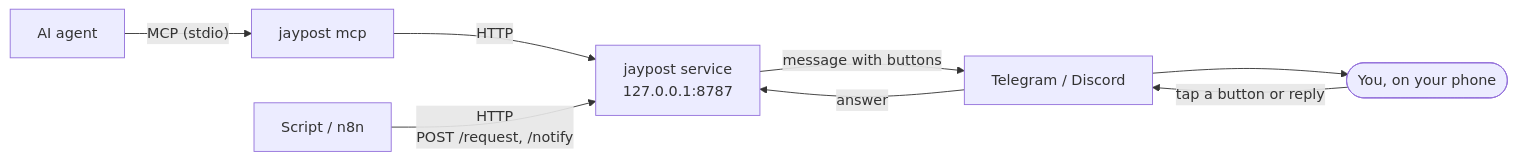
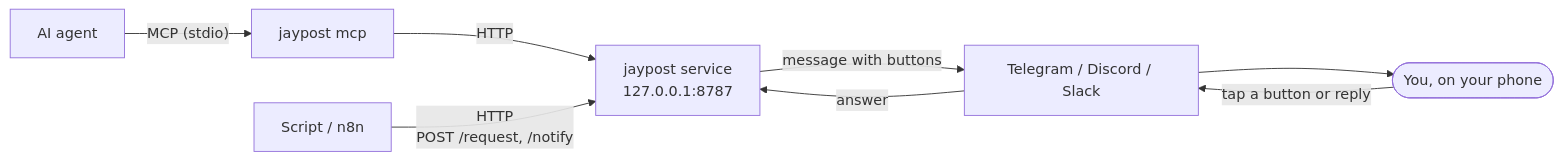
Before and after one commit to bithyte/jaypost: the diagram in README.md, drawn with Mermaid. The commit also changed other lines of this file and 41 other files, not shown here.

````diff
--- a/README.md
+++ b/README.md
@@ -62,10 +62,10 @@
 ```mermaid
 flowchart LR
     agent["AI agent"] -- "MCP (stdio)" --> mcp["jaypost mcp"]
     mcp -- HTTP --> svc
     script["Script / n8n"] -- "HTTP<br>POST /request, /notify" --> svc["jaypost service<br>127.0.0.1:8787"]
-    svc -- "message with buttons" --> chat["Telegram / Discord"]
+    svc -- "message with buttons" --> chat["Telegram / Discord / Slack"]
     chat --> you(["You, on your phone"])
     you -- "tap a button or reply" --> chat
     chat -- answer --> svc
 ```
````
